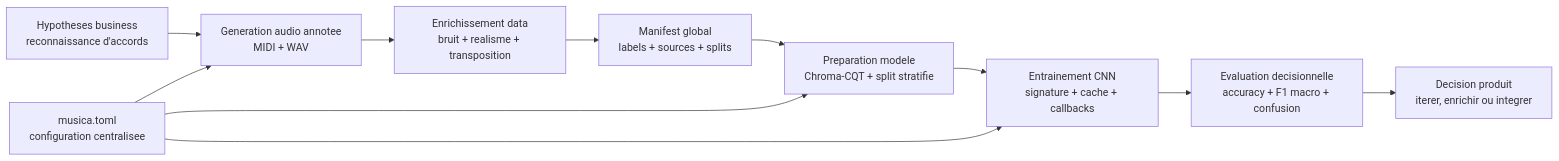
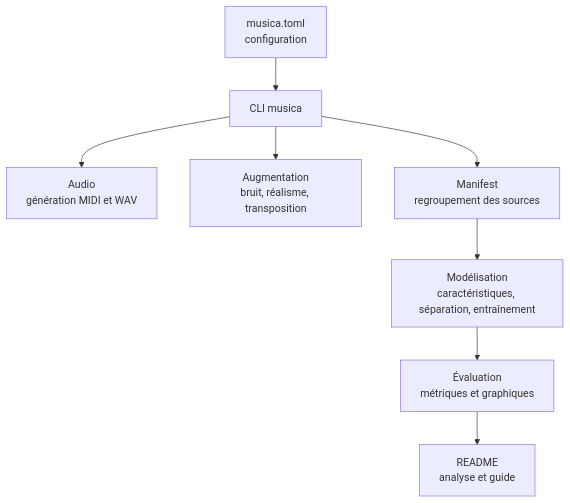
The second of 3 diagrams in README.md (dev-gasy/musica), drawn with Mermaid before and after one commit. The commit also changed other lines of this file and 6 other files, not shown here.

````diff
--- a/README.md
+++ b/README.md
@@ -70,14 +154,10 @@
 ```mermaid
-flowchart LR
-    A["Hypotheses business<br/>reconnaissance d'accords"] --> B["Generation audio annotee<br/>MIDI + WAV"]
-    B --> C["Enrichissement data<br/>bruit + realisme + transposition"]
-    C --> D["Manifest global<br/>labels + sources + splits"]
-    D --> E["Preparation modele<br/>Chroma-CQT + split stratifie"]
-    E --> F["Entrainement CNN<br/>signature + cache + callbacks"]
-    F --> G["Evaluation decisionnelle<br/>accuracy + F1 macro + confusion"]
-    G --> H["Decision produit<br/>iterer, enrichir ou integrer"]
-
-    I["musica.toml<br/>configuration centralisee"] --> B
-    I --> E
-    I --> F
+flowchart TD
+    A["musica.toml<br/>configuration"] --> B["CLI musica"]
+    B --> C["Audio<br/>génération MIDI et WAV"]
+    B --> D["Augmentation<br/>bruit, réalisme, transposition"]
+    B --> E["Manifest<br/>regroupement des sources"]
+    E --> F["Modélisation<br/>caractéristiques, séparation, entraînement"]
+    F --> G["Évaluation<br/>métriques et graphiques"]
+    G --> H["README<br/>analyse et guide"]
 ```
````
